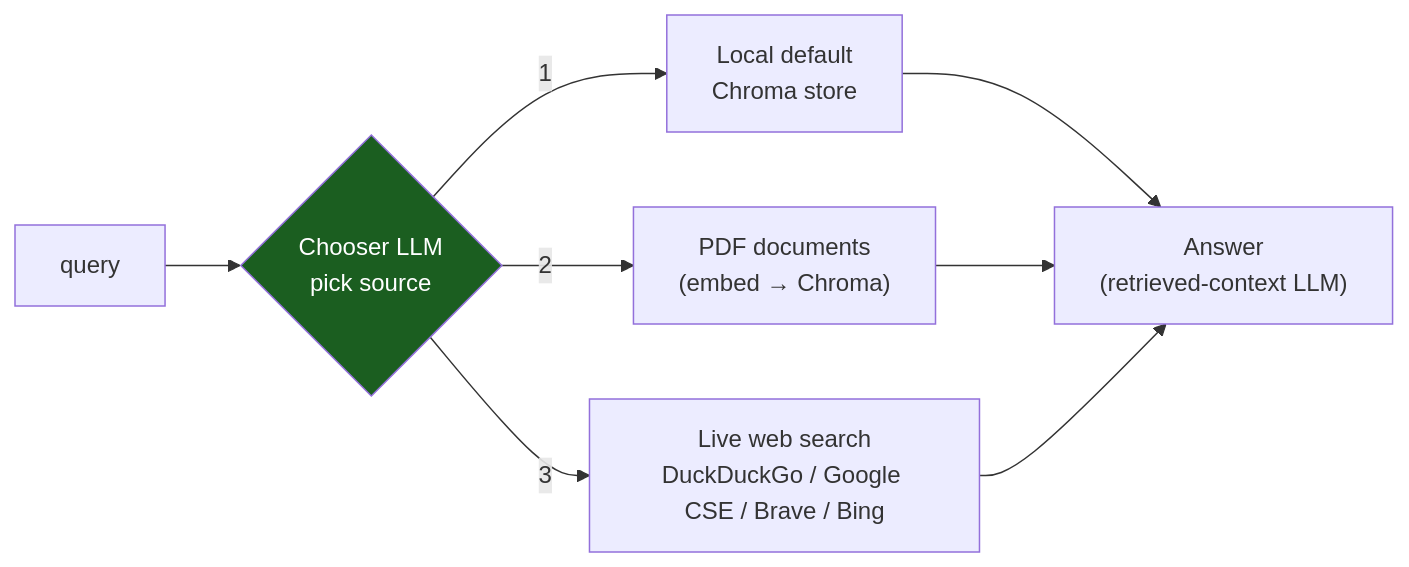
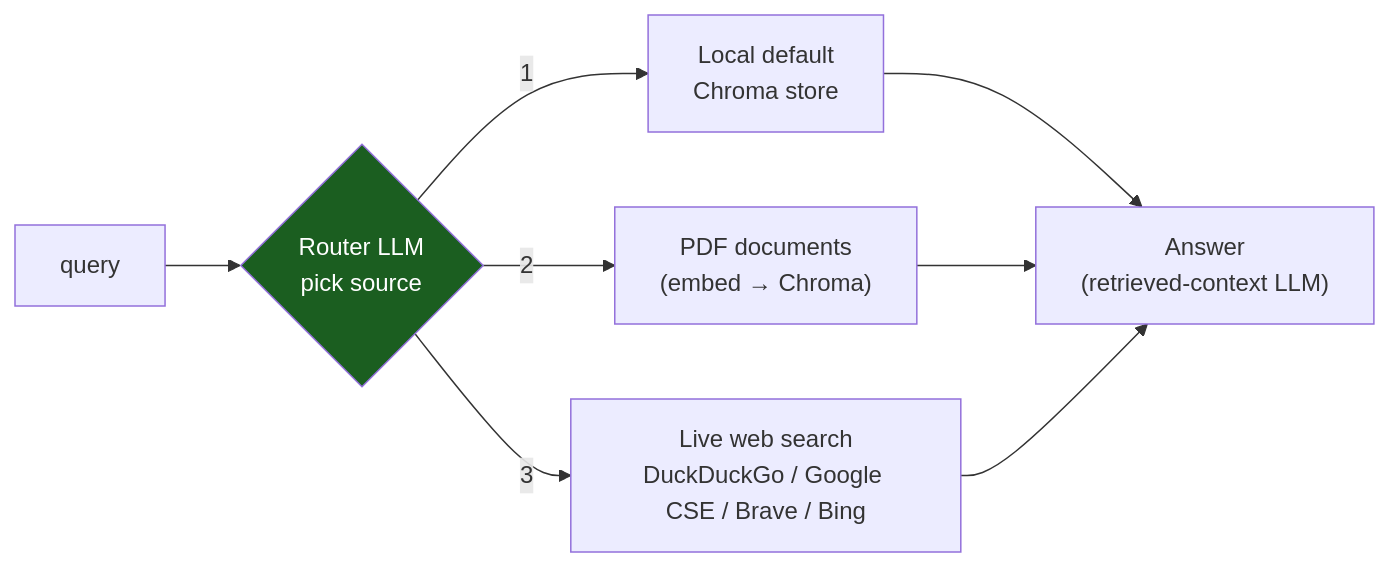
Before and after one commit to kovarthanmuthusamy/pcb-cad-llm-assistant: the third of 4 diagrams in README.md, drawn with Mermaid. The commit also changed other lines of this file and 1 other file, not shown here.

````diff
--- a/README.md
+++ b/README.md
@@ -181,9 +221,9 @@
 ```mermaid
 flowchart LR
-    Q["query"] --> C{"Chooser LLM<br/>pick source"}
+    Q["query"] --> C{"Router LLM<br/>pick source"}
     C -- "1" --> D["Local default<br/>Chroma store"]
     C -- "2" --> P["PDF documents<br/>(embed → Chroma)"]
     C -- "3" --> W["Live web search<br/>DuckDuckGo / Google CSE / Brave / Bing"]
     D & P & W --> A["Answer<br/>(retrieved-context LLM)"]
     style C fill:#1b5e20,color:#fff
 ```
````
